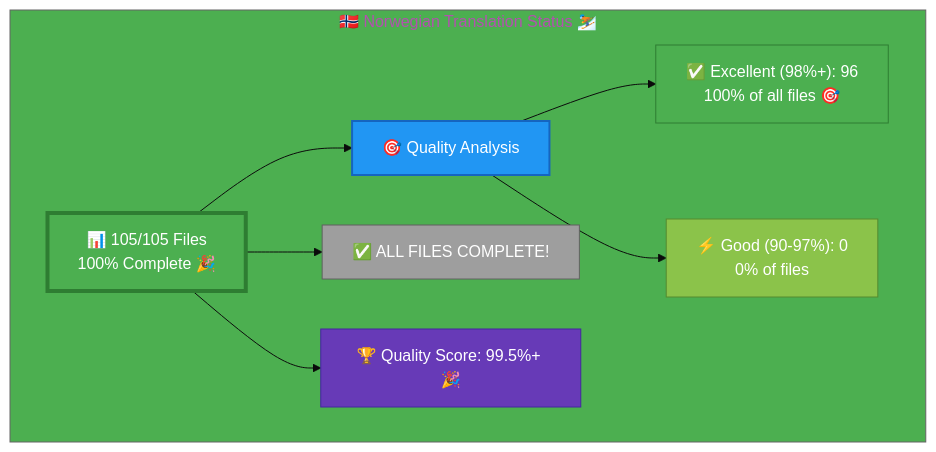
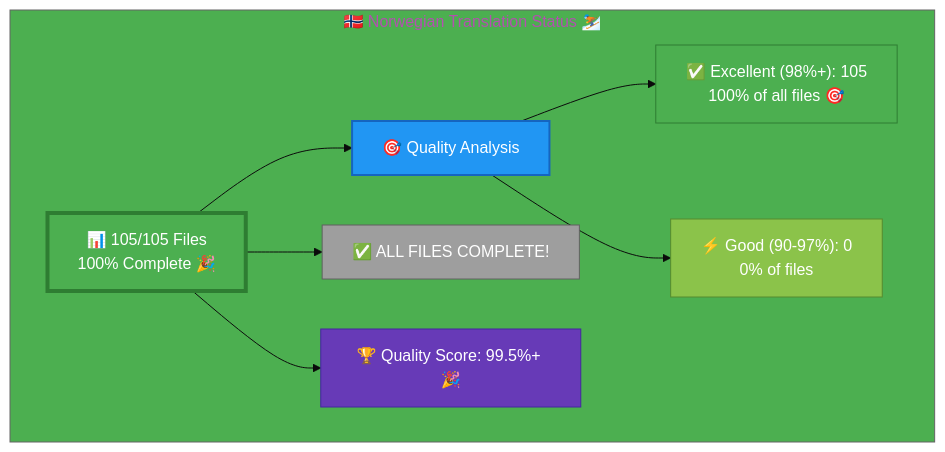
The diagram in Norwegian-Translation-Status.md (Hack23/homepage), drawn with Mermaid before and after one commit. The commit also changed other lines of this file and 9 other files, not shown here.

````diff
--- a/Norwegian-Translation-Status.md
+++ b/Norwegian-Translation-Status.md
@@ -12,22 +12,22 @@
 ```mermaid
 %%{init: {'theme':'base', 'themeVariables': {'primaryColor':'#4CAF50','secondaryColor':'#2196F3','tertiaryColor':'#4CAF50','fontSize':'16px'}}}%%
 graph TB
     subgraph "🇳🇴 Norwegian Translation Status ⛷️"
         A["📊 105/105 Files<br/>100% Complete 🎉 "]
         
         A --> B["🎯 Quality Analysis"]
-        B --> C["✅ Excellent (98%+): 96<br/>100% of all files 🎯"]
+        B --> C["✅ Excellent (98%+): 105<br/>100% of all files 🎯"]
         B --> D["⚡ Good (90-97%): 0<br/>0% of files"]
         
         A --> G["✅ ALL FILES COMPLETE!"]
         
         A --> H["🏆 Quality Score: 99.5%+ 🎉"]
         
         style A fill:#4CAF50,stroke:#2E7D32,color:#fff,stroke-width:4px
         style B fill:#2196F3,stroke:#1565C0,color:#fff,stroke-width:2px
         style C fill:#4CAF50,stroke:#2E7D32,color:#fff
         style D fill:#8BC34A,stroke:#558B2F,color:#fff
         style G fill:#9E9E9E,stroke:#616161,color:#fff
         style H fill:#673AB7,stroke:#4527A0,color:#fff
     end
 ```
````
